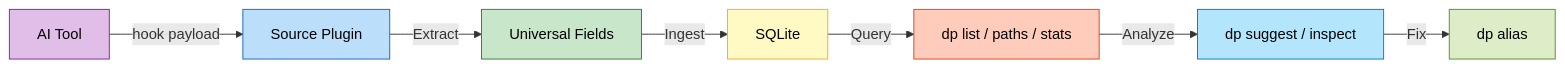
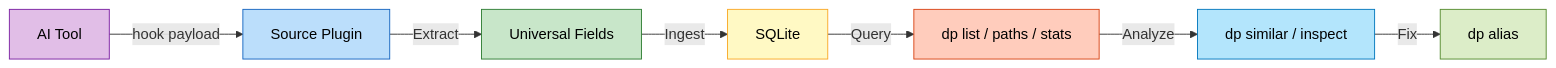
Before and after one commit to scbrown/desire-path: the diagram in README.md, drawn with Mermaid. The commit also changed other lines of this file and 21 other files, not shown here.

First line of the commit message:
feat: rename dp suggest to dp similar (dp-rhb)

````diff
--- a/README.md
+++ b/README.md
@@ -206,17 +206,17 @@
 ```mermaid
 graph LR
     A[AI Tool] -->|hook payload| B[Source Plugin]
     B -->|Extract| C[Universal Fields]
     C -->|Ingest| D[SQLite]
     D -->|Query| E[dp list / paths / stats]
-    E -->|Analyze| F[dp suggest / inspect]
+    E -->|Analyze| F[dp similar / inspect]
     F -->|Fix| G[dp alias]
 
     style A fill:#e1bee7,stroke:#7b1fa2,color:#000
     style B fill:#bbdefb,stroke:#1565c0,color:#000
     style C fill:#c8e6c9,stroke:#2e7d32,color:#000
     style D fill:#fff9c4,stroke:#f9a825,color:#000
     style E fill:#ffccbc,stroke:#d84315,color:#000
     style F fill:#b3e5fc,stroke:#0277bd,color:#000
     style G fill:#dcedc8,stroke:#558b2f,color:#000
 ```
````
